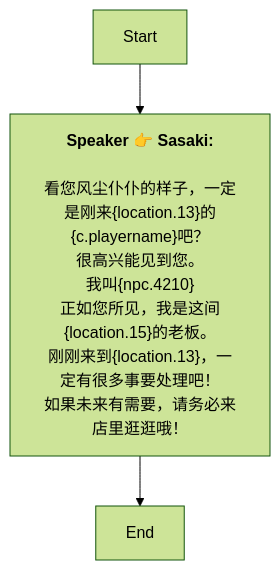
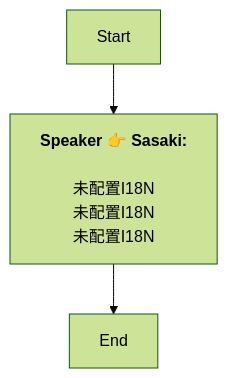
The diagram in Zh/AddDialogNode_1741913201187106.md (SoftHu/tos_avg), drawn with Mermaid (forest theme) before and after one commit. The commit also changed 730 other files, not shown here.

````diff
--- a/Zh/AddDialogNode_1741913201187106.md
+++ b/Zh/AddDialogNode_1741913201187106.md
@@ -1,10 +1,7 @@
 ```mermaid
 graph
 Start -->1741913256429861[<b>Speaker 👉 Sasaki:</b>
-\n看您风尘仆仆的样子，一定是刚来&lbrace;location.13&rbrace;的&lbrace;c.playername&rbrace;吧？
-很高兴能见到您。\n我叫&lbrace;npc.4210&rbrace;
-正如您所见，我是这间&lbrace;location.15&rbrace;的老板。\n刚刚来到&lbrace;location.13&rbrace;，一定有很多事要处理吧！
-如果未来有需要，请务必来店里逛逛哦！]
+\n未配置I18N\n未配置I18N\n未配置I18N]
 1741913256429861 -->1741913522488614[End]
 
 ```
````
